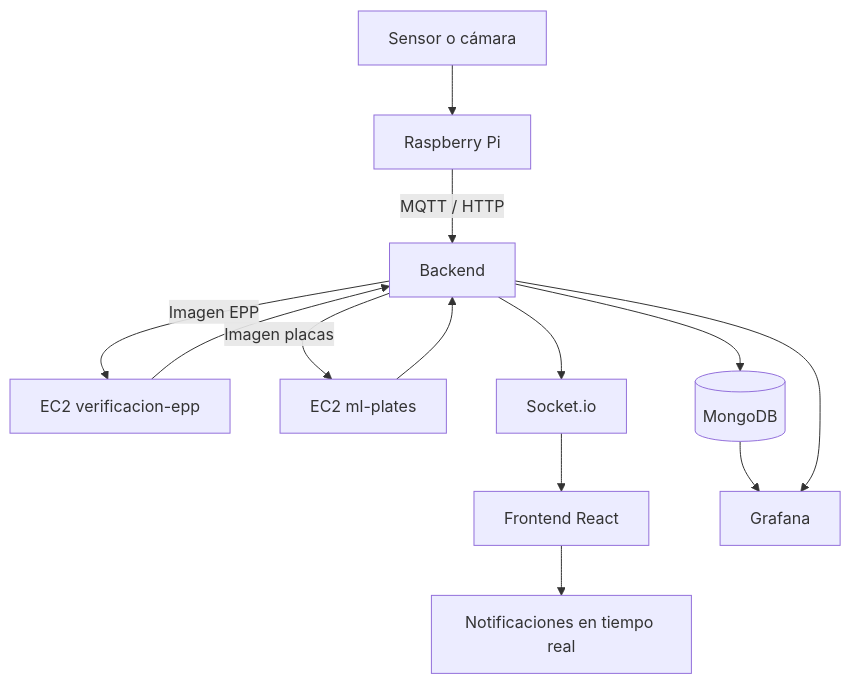
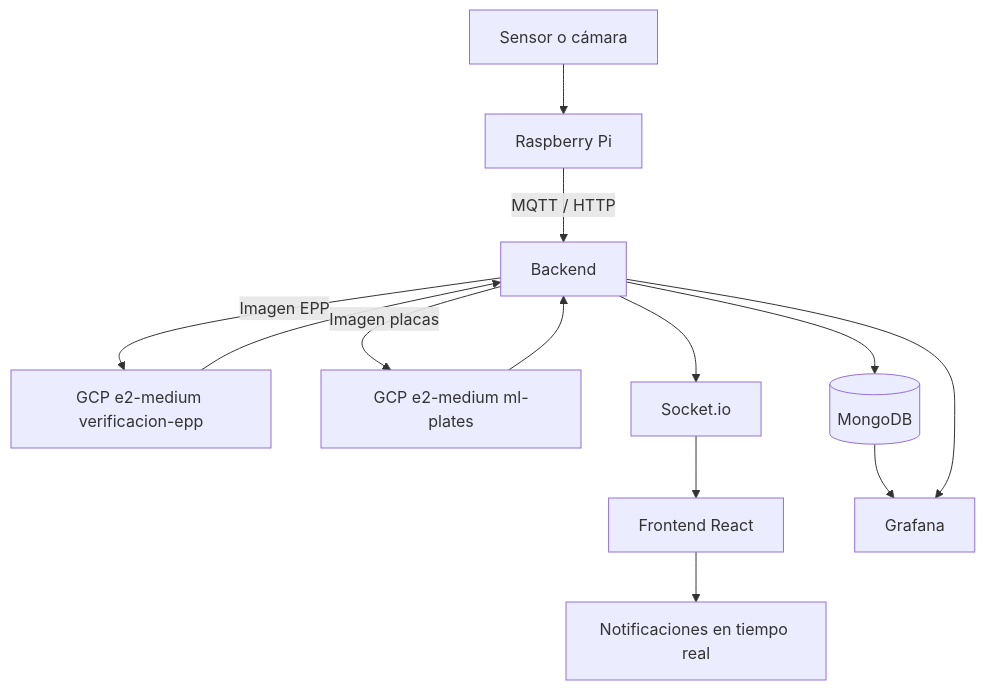
The second of 3 diagrams in Fase3/Documentacion/Manual_Tecnico.md (hugoarana89/Arqui2_Fase2), drawn with Mermaid before and after one commit. The commit also changed other lines of this file, not shown here.

Commit message:
feat: update technical manual to reflect deployment changes from EC2 to GCP e2-medium for AI services

````diff
--- a/Fase3/Documentacion/Manual_Tecnico.md
+++ b/Fase3/Documentacion/Manual_Tecnico.md
@@ -55,15 +55,15 @@
 ```mermaid
 flowchart TD
 	S1[Sensor o cámara] --> S2[Raspberry Pi]
 	S2 -->|MQTT / HTTP| B1[Backend]
-	B1 -->|Imagen EPP| I1[EC2 verificacion-epp]
-	B1 -->|Imagen placas| I2[EC2 ml-plates]
+	B1 -->|Imagen EPP| I1[GCP e2-medium verificacion-epp]
+	B1 -->|Imagen placas| I2[GCP e2-medium ml-plates]
 	I1 --> B1
 	I2 --> B1
 	B1 --> M1[(MongoDB)]
 	B1 --> WS[Socket.io]
 	WS --> F1[Frontend React]
 	M1 --> G1[Grafana]
 	B1 --> G1
 	F1 --> N1[Notificaciones en tiempo real]
 ```
````
